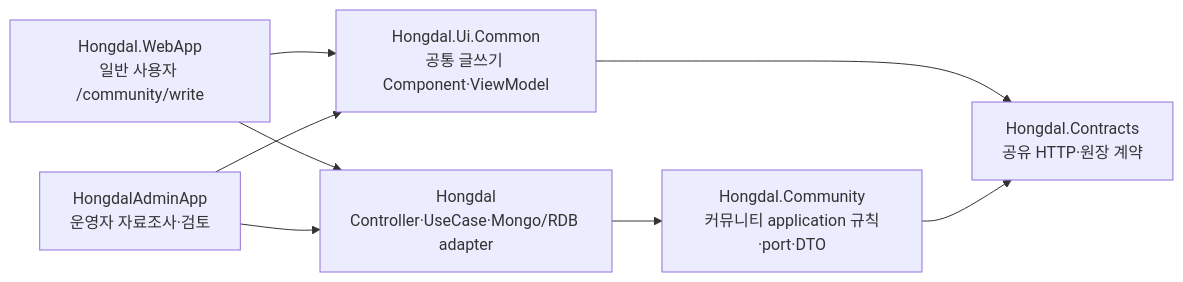
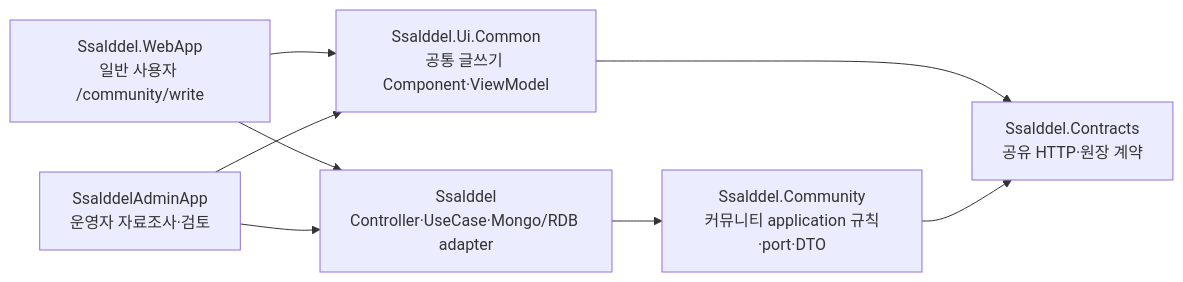
Before and after one commit to cheolwo/hongdal: the diagram in docs/Architecture/CommunityCompilationBoundary.md, drawn with Mermaid. The commit also changed other lines of this file and 6611 other files, not shown here.

Commit message:
refactor: rename Hongdal to Ssalddel

````diff
--- a/docs/Architecture/CommunityCompilationBoundary.md
+++ b/docs/Architecture/CommunityCompilationBoundary.md
@@ -7,17 +7,17 @@
 ```mermaid
 flowchart LR
-    Web["Hongdal.WebApp\n일반 사용자 /community/write"]
-    Admin["HongdalAdminApp\n운영자 자료조사·검토"]
-    Ui["Hongdal.Ui.Common\n공통 글쓰기 Component·ViewModel"]
-    Api["Hongdal\nController·UseCase·Mongo/RDB adapter"]
-    Community["Hongdal.Community\n커뮤니티 application 규칙·port·DTO"]
-    Contracts["Hongdal.Contracts\n공유 HTTP·원장 계약"]
+    Web["Ssalddel.WebApp\n일반 사용자 /community/write"]
+    Admin["SsalddelAdminApp\n운영자 자료조사·검토"]
+    Ui["Ssalddel.Ui.Common\n공통 글쓰기 Component·ViewModel"]
+    Api["Ssalddel\nController·UseCase·Mongo/RDB adapter"]
+    Community["Ssalddel.Community\n커뮤니티 application 규칙·port·DTO"]
+    Contracts["Ssalddel.Contracts\n공유 HTTP·원장 계약"]
 
     Web --> Ui
     Admin --> Ui
     Ui --> Contracts
     Web --> Api
     Admin --> Api
     Api --> Community
     Community --> Contracts
 ```
````
